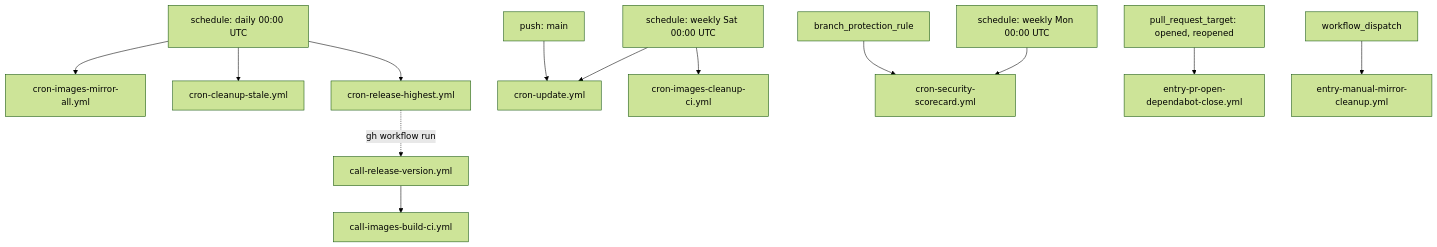
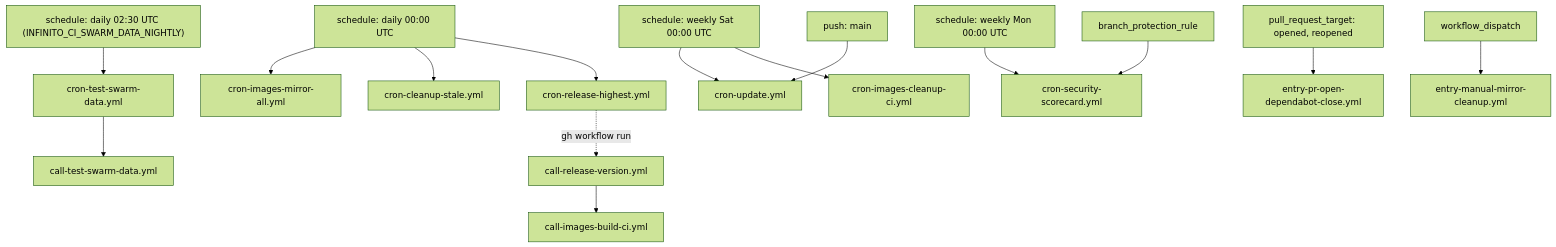
One commit to AlejandroRomanIbanez/infinito-nexus changed the third of 3 diagrams in .github/workflows/README.md. Above: the diagram before and after it, drawn with Mermaid (forest theme). The commit also changed other lines of this file and 359 other files, not shown here.

````diff
--- a/.github/workflows/README.md
+++ b/.github/workflows/README.md
@@ -307,16 +323,18 @@
 ```mermaid
 flowchart TB
     daily["schedule: daily 00:00 UTC"] --> mirrorall["cron-images-mirror-all.yml"]
     daily --> stale["cron-cleanup-stale.yml"]
     daily --> relhighest["cron-release-highest.yml"]
     weekly["schedule: weekly Sat 00:00 UTC"] --> updatewf["cron-update.yml"]
     weekly --> cleanupci["cron-images-cleanup-ci.yml"]
     weeklymon["schedule: weekly Mon 00:00 UTC"] --> scorecard["cron-security-scorecard.yml"]
+    nightly["schedule: daily 02:30 UTC (INFINITO_CI_SWARM_DATA_NIGHTLY)"] --> cronswarm["cron-test-swarm-data.yml"]
+    cronswarm --> callswarm["call-test-swarm-data.yml"]
     branchprot["branch_protection_rule"] --> scorecard
     pushmain["push: main"] --> updatewf
     prtarget["pull_request_target: opened, reopened"] --> depclose["entry-pr-open-dependabot-close.yml"]
 
     relhighest -.->|"gh workflow run"| relver["call-release-version.yml"]
     relver --> imgbuildci["call-images-build-ci.yml"]
     manual["workflow_dispatch"] --> mirrorcleanup["entry-manual-mirror-cleanup.yml"]
 ```
````
